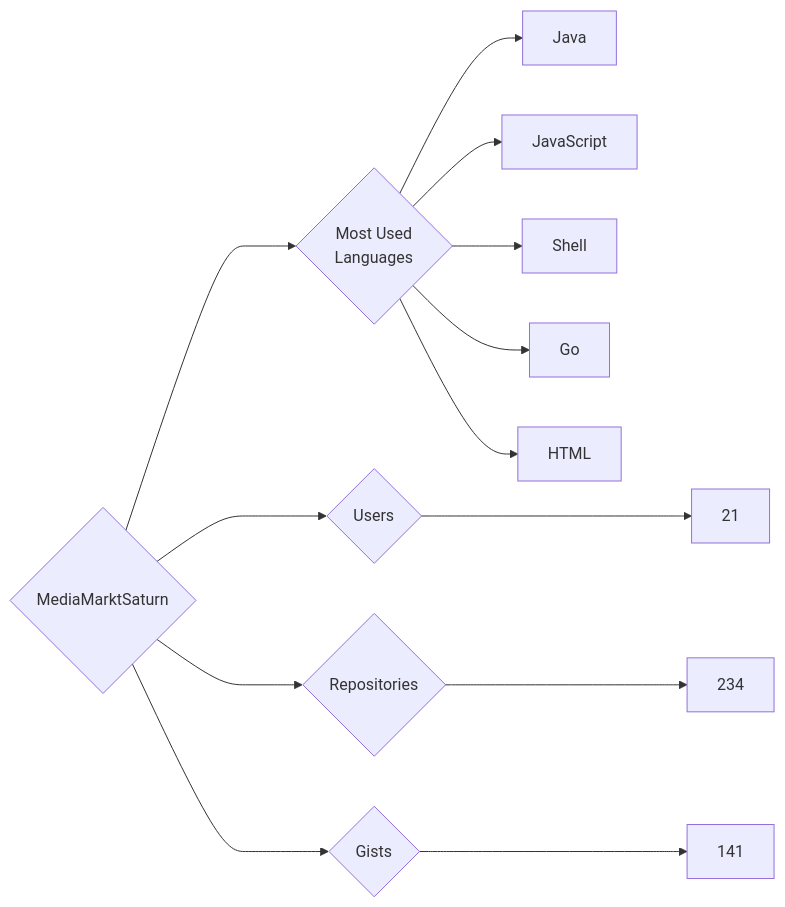
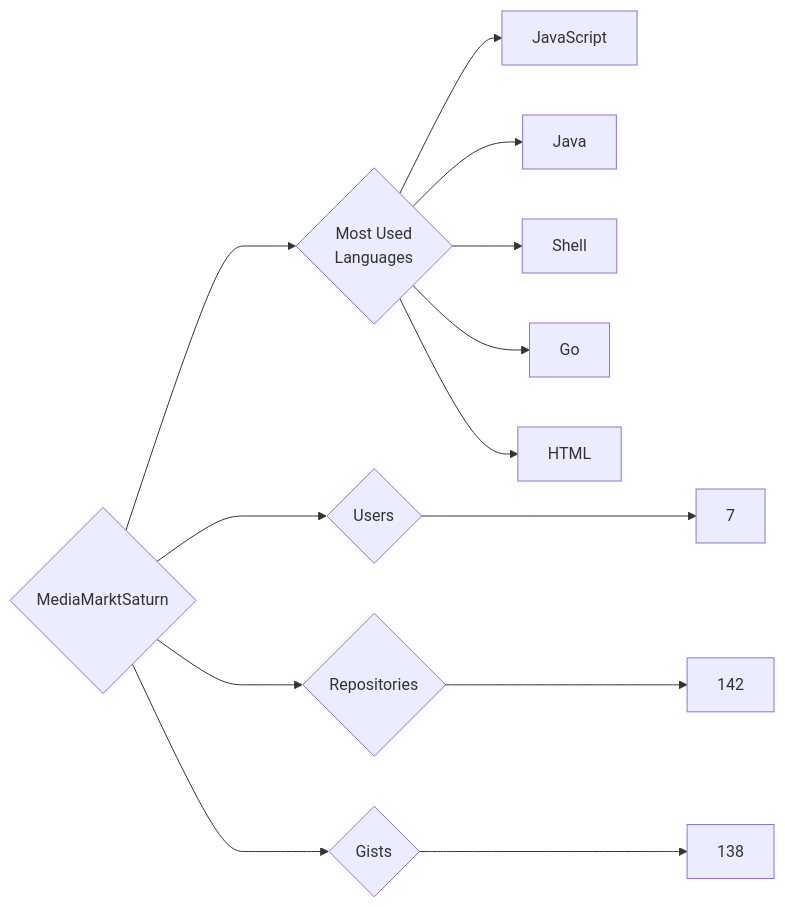
Before and after one commit to trickest/insiders: the diagram in targets/MediaMarktSaturn/README.md, drawn with Mermaid. The commit also changed 806 other files, not shown here.

````diff
--- a/targets/MediaMarktSaturn/README.md
+++ b/targets/MediaMarktSaturn/README.md
@@ -3,13 +3,13 @@
 ```mermaid
 graph LR
 COMPANY_NAME{MediaMarktSaturn}
-COMPANY_NAME ---> U{Users} ---> UN[21]
-COMPANY_NAME ---> R{Repositories} ---> RN[234]
-COMPANY_NAME ---> G{Gists} ---> GN[141]
+COMPANY_NAME ---> U{Users} ---> UN[7]
+COMPANY_NAME ---> R{Repositories} ---> RN[142]
+COMPANY_NAME ---> G{Gists} ---> GN[138]
 COMPANY_NAME ---> ML{Most Used<br>Languages}
+ML --> JavaScript[JavaScript]
 ML --> Java[Java]
-ML --> JavaScript[JavaScript]
 ML --> Shell[Shell]
 ML --> Go[Go]
 ML --> HTML[HTML]
 ```
````
